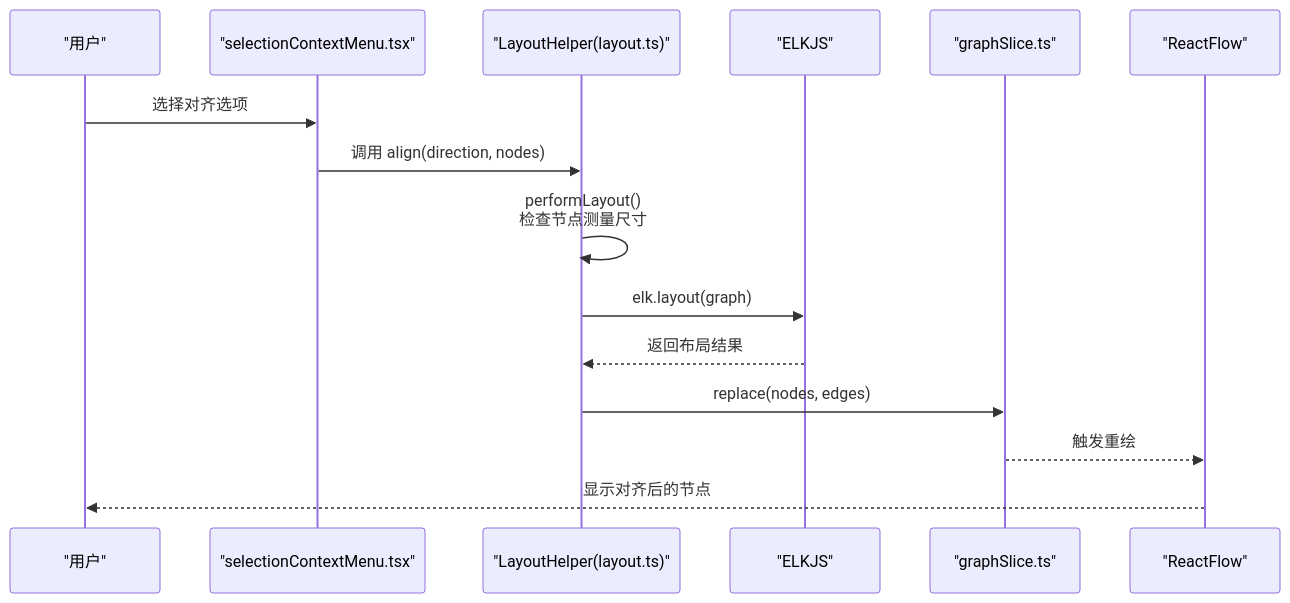
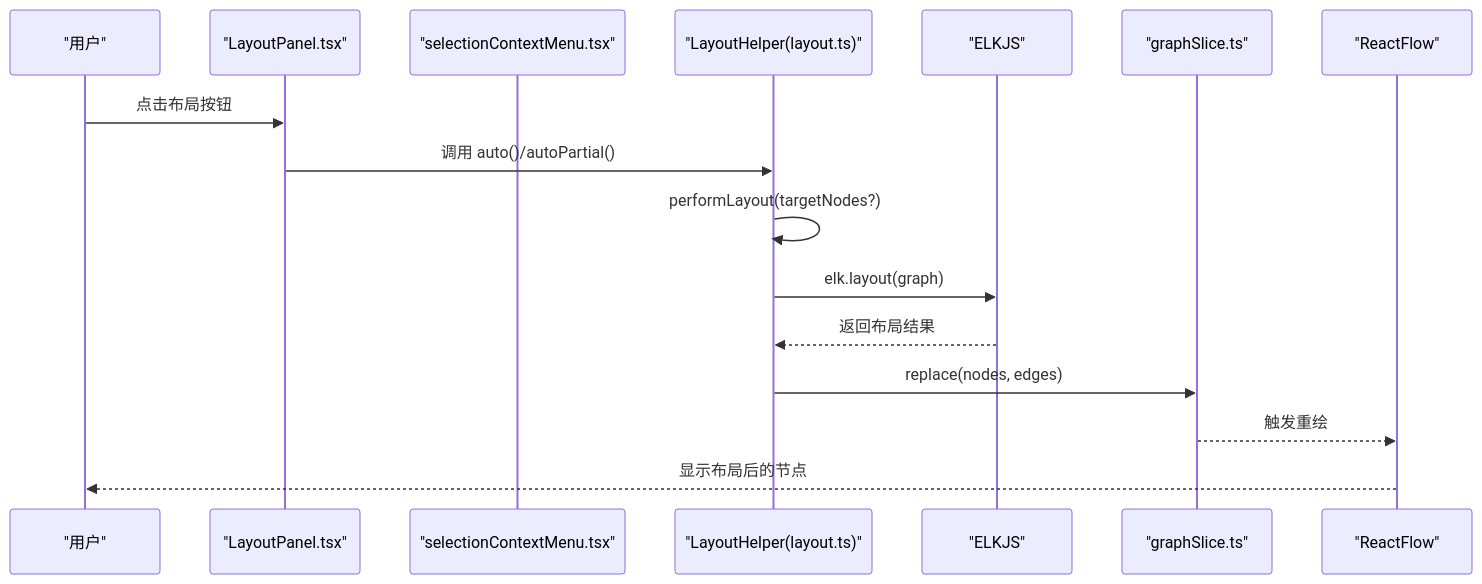
One commit to kqcoxn/MaaPipelineEditor changed the second of 8 diagrams in .qoder/repowiki/zh/content/工作流编辑器/布局算法.md. Above: the diagram before and after it, drawn with Mermaid. The commit also changed other lines of this file and 35 other files, not shown here.

````diff
--- a/.qoder/repowiki/zh/content/工作流编辑器/布局算法.md
+++ b/.qoder/repowiki/zh/content/工作流编辑器/布局算法.md
@@ -123,17 +136,18 @@
 ```mermaid
 sequenceDiagram
 participant U as "用户"
+participant LP as "LayoutPanel.tsx"
 participant SCM as "selectionContextMenu.tsx"
 participant LH as "LayoutHelper(layout.ts)"
 participant ELK as "ELKJS"
 participant GS as "graphSlice.ts"
 participant UI as "ReactFlow"
-U->>SCM : 选择对齐选项
-SCM->>LH : 调用 align(direction, nodes)
-LH->>LH : performLayout()<br/>检查节点测量尺寸
+U->>LP : 点击布局按钮
+LP->>LH : 调用 auto()/autoPartial()
+LH->>LH : performLayout(targetNodes?)
 LH->>ELK : elk.layout(graph)
 ELK-->>LH : 返回布局结果
 LH->>GS : replace(nodes, edges)
 GS-->>UI : 触发重绘
-UI-->>U : 显示对齐后的节点
+UI-->>U : 显示布局后的节点
 ```
````
